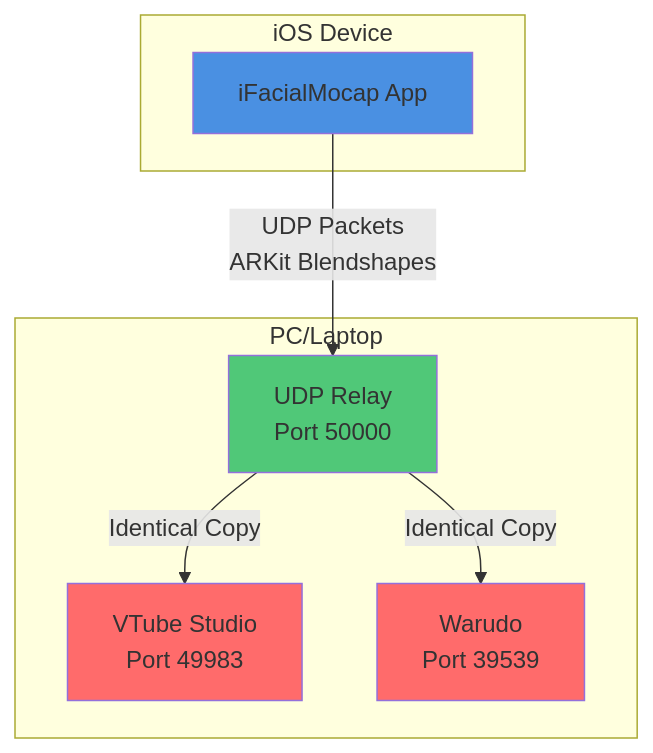
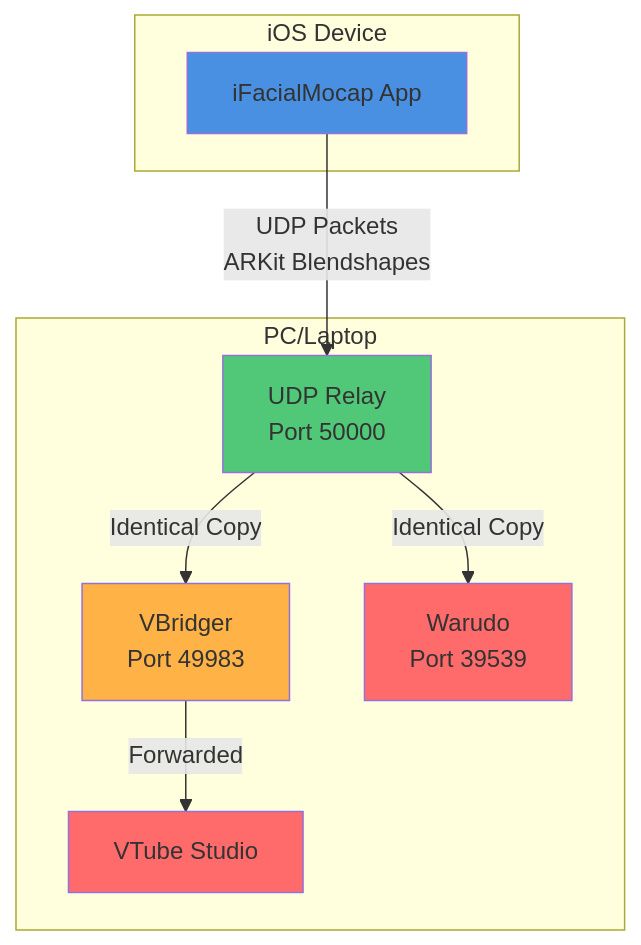
One commit to whykusanagi/VTuberHub changed the first of 2 diagrams in README.md. Above: the diagram before and after it, drawn with Mermaid. The commit also changed other lines of this file, not shown here.

Commit message:
Update architecture diagrams to show VBridger as intermediary to VTube Studio

````diff
--- a/README.md
+++ b/README.md
@@ -11,21 +11,24 @@
 ```mermaid
 graph TB
     subgraph "iOS Device"
         A[iFacialMocap App]
     end
     
     subgraph "PC/Laptop"
         B[UDP Relay<br/>Port 50000]
-        C[VTube Studio<br/>Port 49983]
-        D[Warudo<br/>Port 39539]
+        C[VBridger<br/>Port 49983]
+        D[VTube Studio]
+        E[Warudo<br/>Port 39539]
     end
     
     A -->|UDP Packets<br/>ARKit Blendshapes| B
     B -->|Identical Copy| C
-    B -->|Identical Copy| D
+    C -->|Forwarded| D
+    B -->|Identical Copy| E
     
     style A fill:#4A90E2
     style B fill:#50C878
-    style C fill:#FF6B6B
+    style C fill:#FFB347
     style D fill:#FF6B6B
+    style E fill:#FF6B6B
 ```
````
